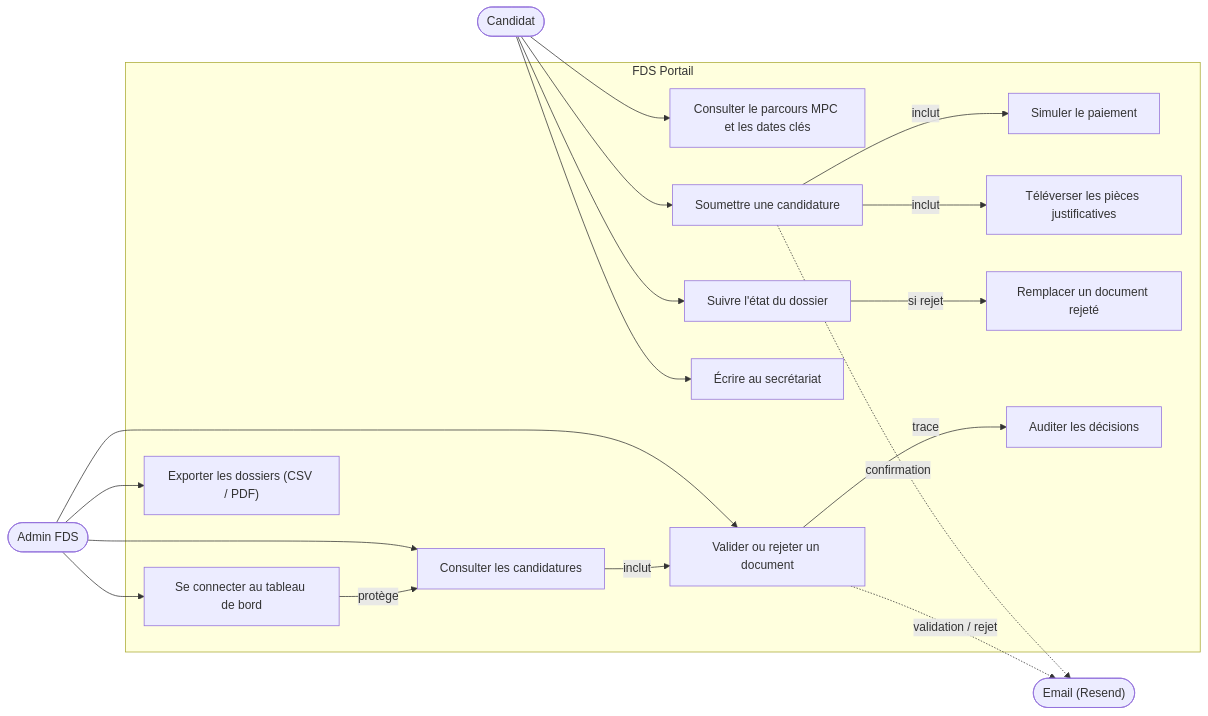
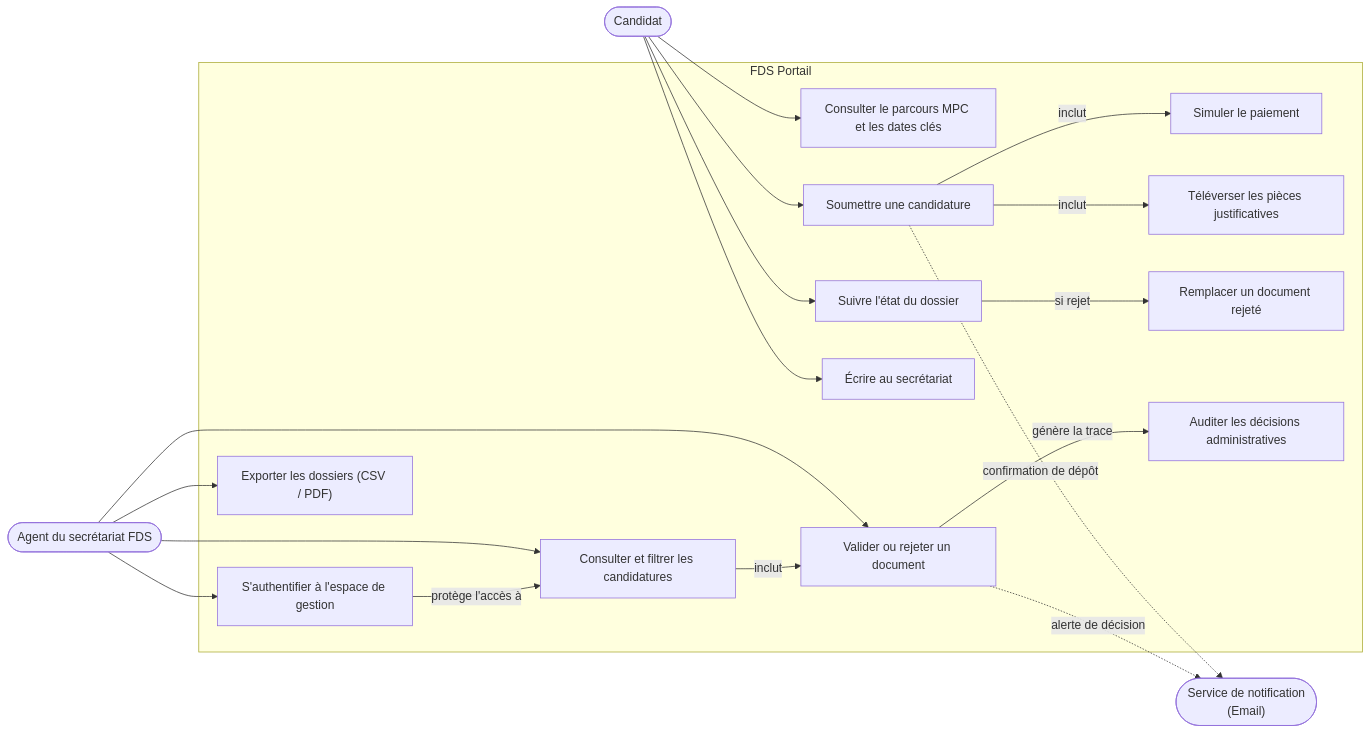
One commit to Paro-fds/bravetech changed the first of 4 diagrams in cahier_des_charges.md. Above: the diagram before and after it, drawn with Mermaid. The commit also changed other lines of this file and 16 other files, not shown here.

````diff
--- a/cahier_des_charges.md
+++ b/cahier_des_charges.md
@@ -149,43 +201,43 @@
 ```mermaid
 flowchart LR
     Candidat(["Candidat"])
-    Admin(["Admin FDS"])
+    Agent(["Agent du secrétariat FDS"])
 
     subgraph Portail["FDS Portail"]
         UC1["Consulter le parcours MPC et les dates clés"]
         UC2["Soumettre une candidature"]
         UC3["Simuler le paiement"]
         UC4["Téléverser les pièces justificatives"]
         UC5["Suivre l'état du dossier"]
         UC6["Remplacer un document rejeté"]
         UC11["Écrire au secrétariat"]
 
-        UC7["Se connecter au tableau de bord"]
-        UC8["Consulter les candidatures"]
+        UC7["S'authentifier à l'espace de gestion"]
+        UC8["Consulter et filtrer les candidatures"]
         UC9["Valider ou rejeter un document"]
-        UC10["Auditer les décisions"]
+        UC10["Auditer les décisions administratives"]
         UC12["Exporter les dossiers (CSV / PDF)"]
     end
 
-    Mail(["Email (Resend)"])
+    Mail(["Service de notification\n(Email)"])
 
     Candidat --> UC1
     Candidat --> UC2
     Candidat --> UC5
     Candidat --> UC11
 
     UC2 -->|inclut| UC3
     UC2 -->|inclut| UC4
     UC5 -->|si rejet| UC6
 
-    Admin --> UC7
-    Admin --> UC8
-    Admin --> UC9
-    Admin --> UC12
+    Agent --> UC7
+    Agent --> UC8
+    Agent --> UC9
+    Agent --> UC12
 
-    UC7 -->|protège| UC8
+    UC7 -->|protège l'accès à| UC8
     UC8 -->|inclut| UC9
-    UC9 -->|trace| UC10
-    UC2 -.->|confirmation| Mail
-    UC9 -.->|validation / rejet| Mail
+    UC9 -->|génère la trace| UC10
+    UC2 -.->|confirmation de dépôt| Mail
+    UC9 -.->|alerte de décision| Mail
 ```
````
